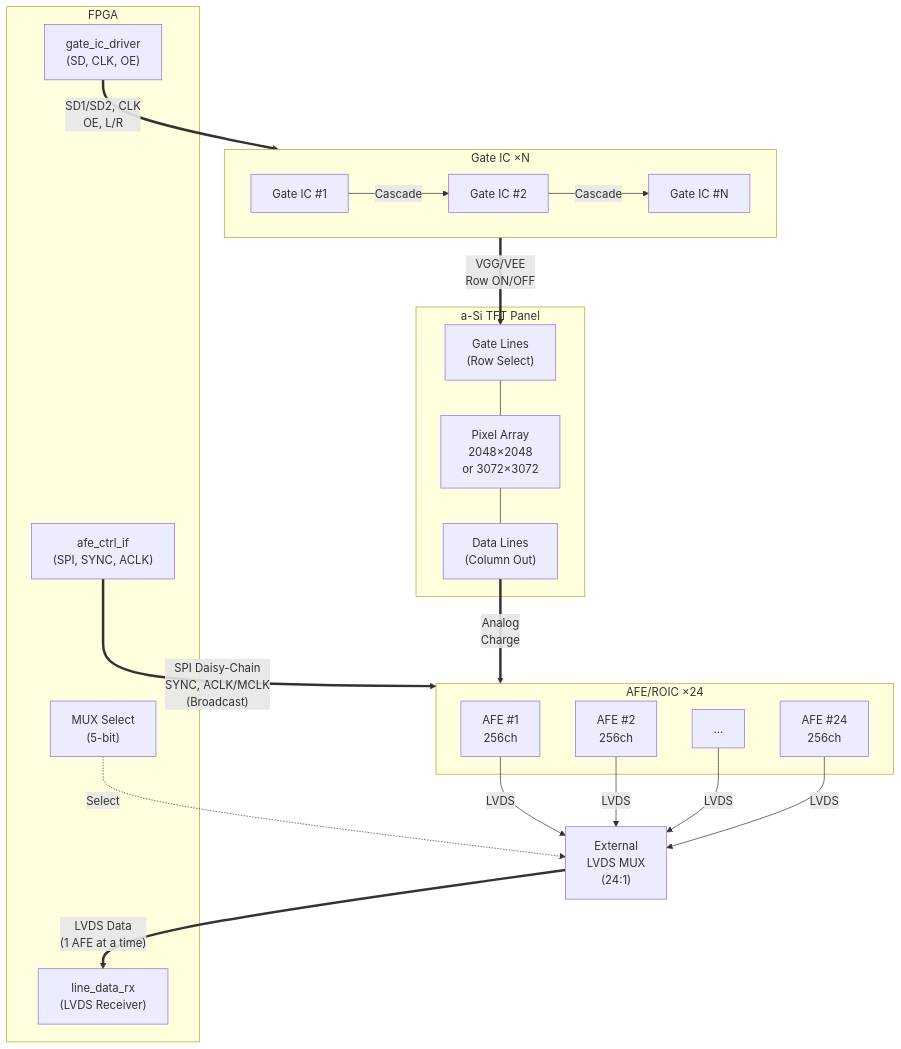
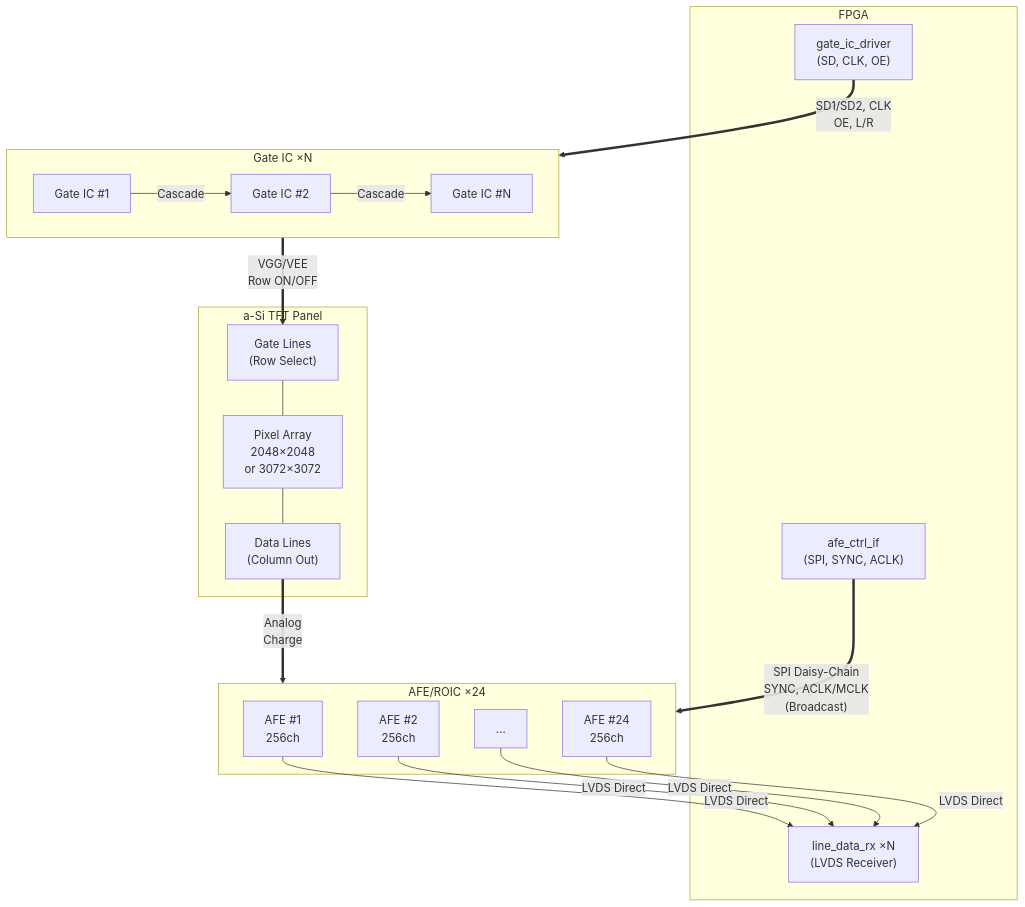
One commit to holee9/panel-operation changed the second of 3 diagrams in README.md. Above: the diagram before and after it, drawn with Mermaid. The commit also changed other lines of this file, not shown here.

First line of the commit message:
fix: AFE LVDS 직결 구조로 수정 — 외부 MUX 제거

````diff
--- a/README.md
+++ b/README.md
@@ -67,44 +65,39 @@
 ```mermaid
 flowchart TB
     subgraph FPGA_SIDE[" FPGA "]
         F1["gate_ic_driver\n(SD, CLK, OE)"]
         F2["afe_ctrl_if\n(SPI, SYNC, ACLK)"]
-        F3["line_data_rx\n(LVDS Receiver)"]
-        F4["MUX Select\n(5-bit)"]
+        F3["line_data_rx ×N\n(LVDS Receiver)"]
     end
 
     subgraph GATE_SIDE[" Gate IC  ×N "]
         G1["Gate IC #1"]
         G2["Gate IC #2"]
         G3["Gate IC #N"]
         G1 -->|Cascade| G2 -->|Cascade| G3
     end
 
     subgraph PANEL_SIDE[" a-Si TFT Panel "]
         ROW["Gate Lines\n(Row Select)"]
         PIXEL["Pixel Array\n2048×2048\nor 3072×3072"]
         COL["Data Lines\n(Column Out)"]
         ROW --- PIXEL --- COL
     end
 
     subgraph AFE_SIDE[" AFE/ROIC  ×24 "]
         A1["AFE #1\n256ch"]
         A2["AFE #2\n256ch"]
         A3["..."]
         A24["AFE #24\n256ch"]
     end
 
-    MUX["External\nLVDS MUX\n(24:1)"]
-
     F1 ==>|"SD1/SD2, CLK\nOE, L/R"| GATE_SIDE
     GATE_SIDE ==>|"VGG/VEE\nRow ON/OFF"| ROW
     COL ==>|"Analog\nCharge"| AFE_SIDE
     F2 ==>|"SPI Daisy-Chain\nSYNC, ACLK/MCLK\n(Broadcast)"| AFE_SIDE
 
-    A1 -->|LVDS| MUX
-    A2 -->|LVDS| MUX
-    A3 -->|LVDS| MUX
-    A24 -->|LVDS| MUX
-    F4 -.->|Select| MUX
-    MUX ==>|"LVDS Data\n(1 AFE at a time)"| F3
+    A1 -->|"LVDS Direct"| F3
+    A2 -->|"LVDS Direct"| F3
+    A3 -->|"LVDS Direct"| F3
+    A24 -->|"LVDS Direct"| F3
 ```
````
